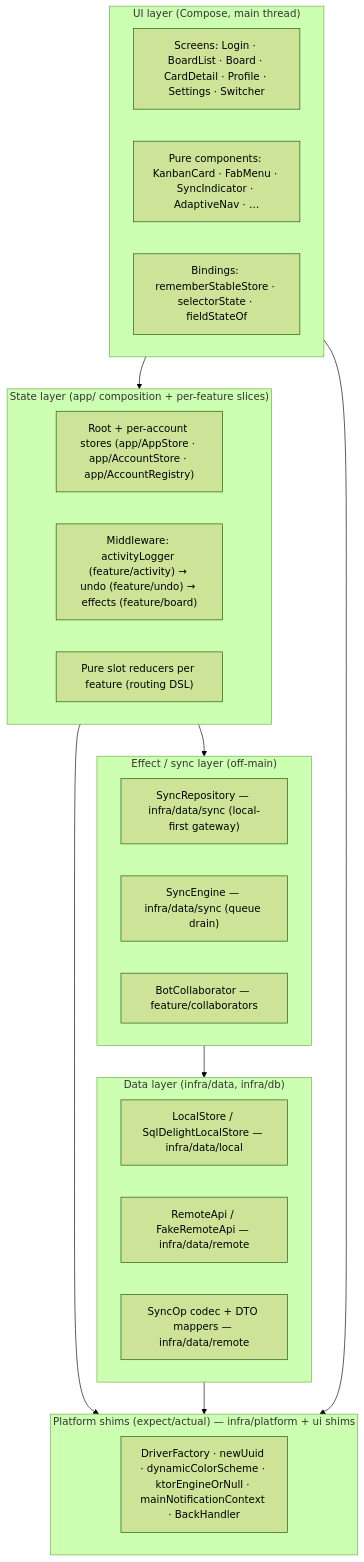
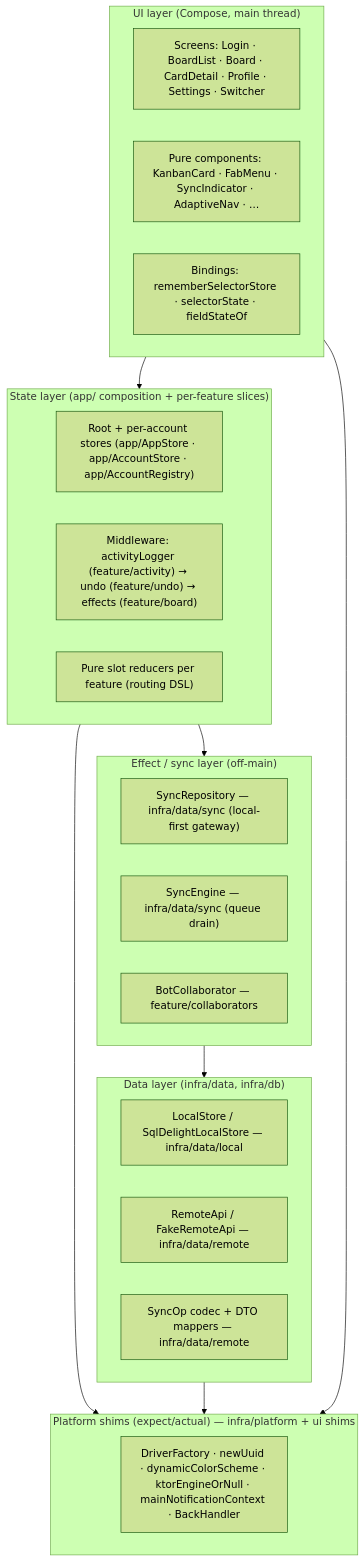
The fifth of 15 diagrams in examples/taskflow/ARCHITECTURE.md (reduxkotlin/redux-kotlin), drawn with Mermaid (forest theme) before and after one commit. The commit also changed other lines of this file and 17 other files, not shown here.

Commit message:
docs(compose): recommend selector store bindings

````diff
--- a/examples/taskflow/ARCHITECTURE.md
+++ b/examples/taskflow/ARCHITECTURE.md
@@ -248,33 +248,33 @@
 ```mermaid
 flowchart TB
   subgraph UI["UI layer (Compose, main thread)"]
     SCREENS["Screens: Login · BoardList · Board · CardDetail · Profile · Settings · Switcher"]
     COMPS["Pure components: KanbanCard · FabMenu · SyncIndicator · AdaptiveNav · …"]
-    BIND["Bindings: rememberStableStore · selectorState · fieldStateOf"]
+    BIND["Bindings: rememberSelectorStore · selectorState · fieldStateOf"]
   end
   subgraph STATE["State layer (app/ composition + per-feature slices)"]
     STORES["Root + per-account stores (app/AppStore · app/AccountStore · app/AccountRegistry)"]
     MW["Middleware: activityLogger (feature/activity) → undo (feature/undo) → effects (feature/board)"]
     REDUCERS["Pure slot reducers per feature (routing DSL)"]
   end
   subgraph EFFECTS["Effect / sync layer (off-main)"]
     SR["SyncRepository — infra/data/sync (local-first gateway)"]
     SE["SyncEngine — infra/data/sync (queue drain)"]
     BOT["BotCollaborator — feature/collaborators"]
   end
   subgraph DATA["Data layer (infra/data, infra/db)"]
     LS["LocalStore / SqlDelightLocalStore — infra/data/local"]
     RA["RemoteApi / FakeRemoteApi — infra/data/remote"]
     CODEC["SyncOp codec + DTO mappers — infra/data/remote"]
   end
   subgraph PLATFORM["Platform shims (expect/actual) — infra/platform + ui shims"]
     P["DriverFactory · newUuid · dynamicColorScheme · ktorEngineOrNull · mainNotificationContext · BackHandler"]
   end
 
   UI --> STATE
   STATE --> EFFECTS
   EFFECTS --> DATA
   STATE --> PLATFORM
   DATA --> PLATFORM
   UI --> PLATFORM
 ```
````
